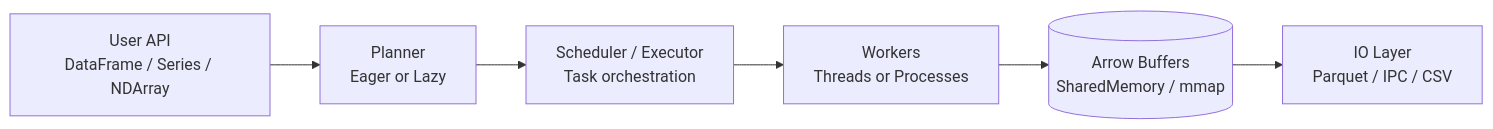
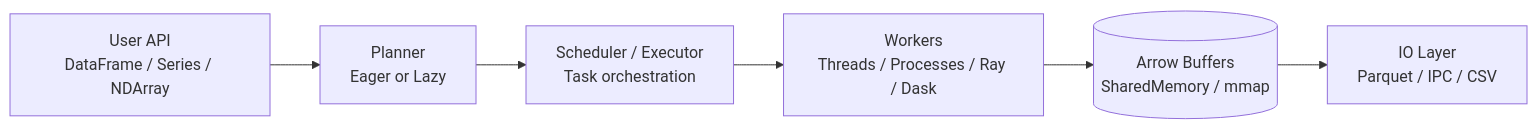
The diagram in docs/documents/architecture.md (aeiwz/FrameX), drawn with Mermaid before and after one commit. The commit also changed other lines of this file and 88 other files, not shown here.

````diff
--- a/docs/documents/architecture.md
+++ b/docs/documents/architecture.md
@@ -12,8 +12,8 @@
 ```mermaid
 flowchart LR
     U["User API\nDataFrame / Series / NDArray"] --> P["Planner\nEager or Lazy"]
     P --> S["Scheduler / Executor\nTask orchestration"]
-    S --> W["Workers\nThreads or Processes"]
+    S --> W["Workers\nThreads / Processes / Ray / Dask"]
     W --> M[("Arrow Buffers\nSharedMemory / mmap")]
     M --> IO["IO Layer\nParquet / IPC / CSV"]
 ```
````
